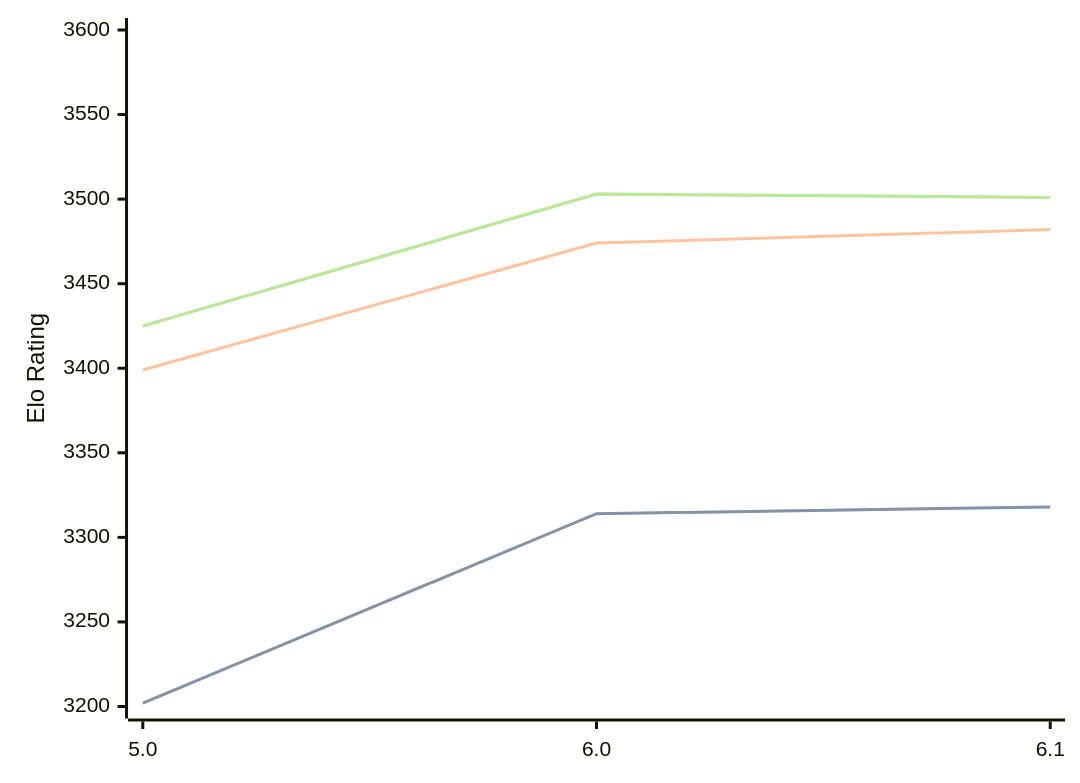
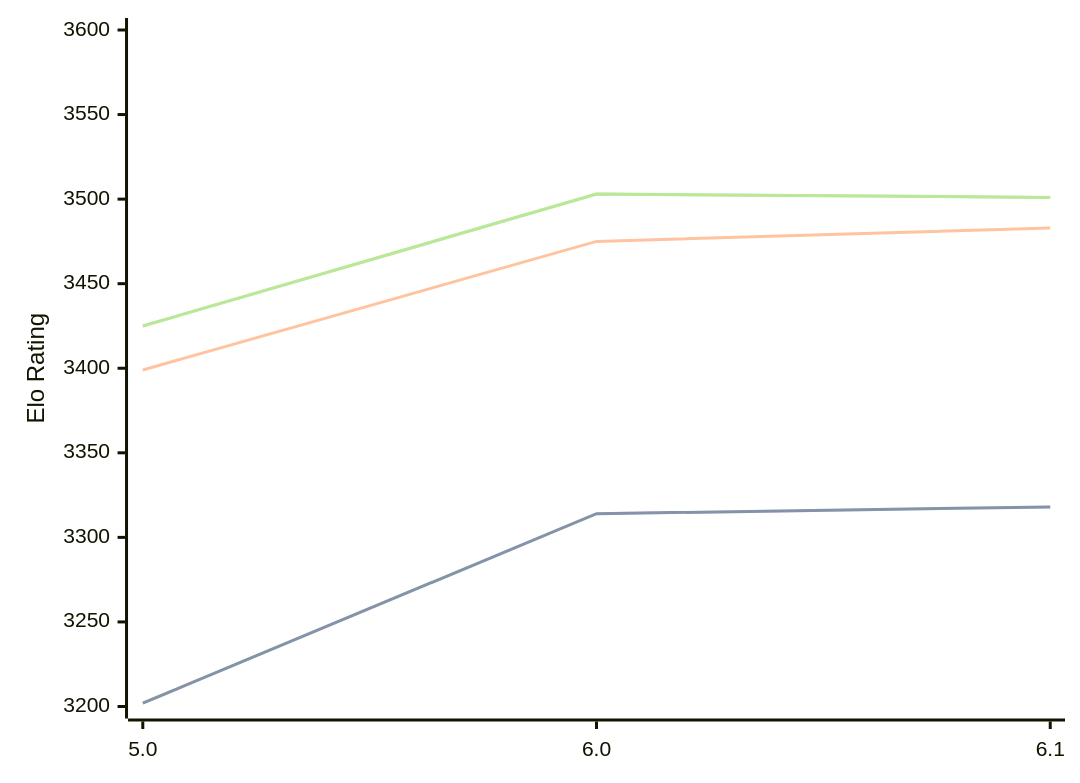
One commit to computer-chess-index/cci changed the diagram in engines/Starzix.md. Above: the diagram before and after it, drawn with Mermaid. The commit also changed other lines of this file, not shown here.

````diff
--- a/engines/Starzix.md
+++ b/engines/Starzix.md
@@ -33,11 +33,11 @@
 ```mermaid
 %%{init: {"theme":"base","themeVariables":{"seriesColors:['#a3a3a3','#222221','#faa371']}}}%%
 xychart-beta
   x-axis ["5.0", "6.0", "6.1"]
   y-axis "Elo Rating" 3200 --> 3600
   line "STC (8.0+0.08s)" [3202, 3314, 3318]
   line "STC (8.0+0.08s)" [3202, 3314, 3318]
-  line "LTC (60.0+0.60s)" [3399, 3474, 3482]
+  line "LTC (60.0+0.60s)" [3399, 3475, 3483]
   line "VLTC (2m24s+1.12s)" [3425, 3503, 3501]
   line "VLTC (2m24s+1.12s)" [3425, 3503, 3501]
 ```
````
